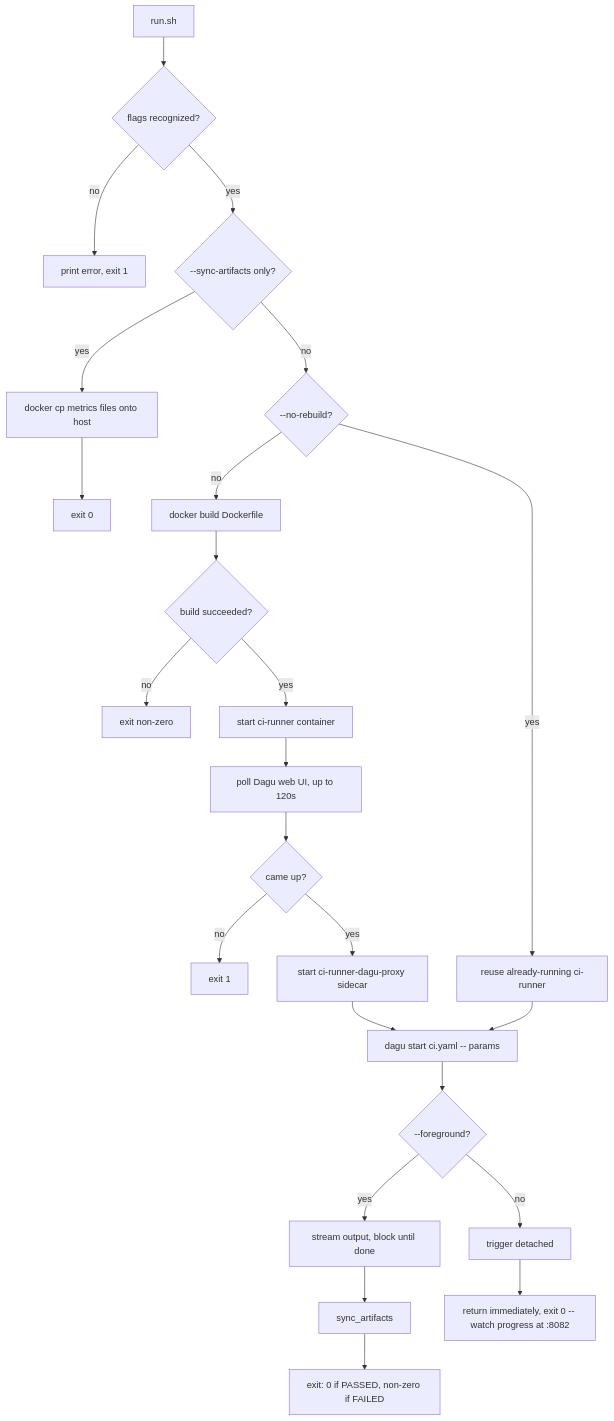
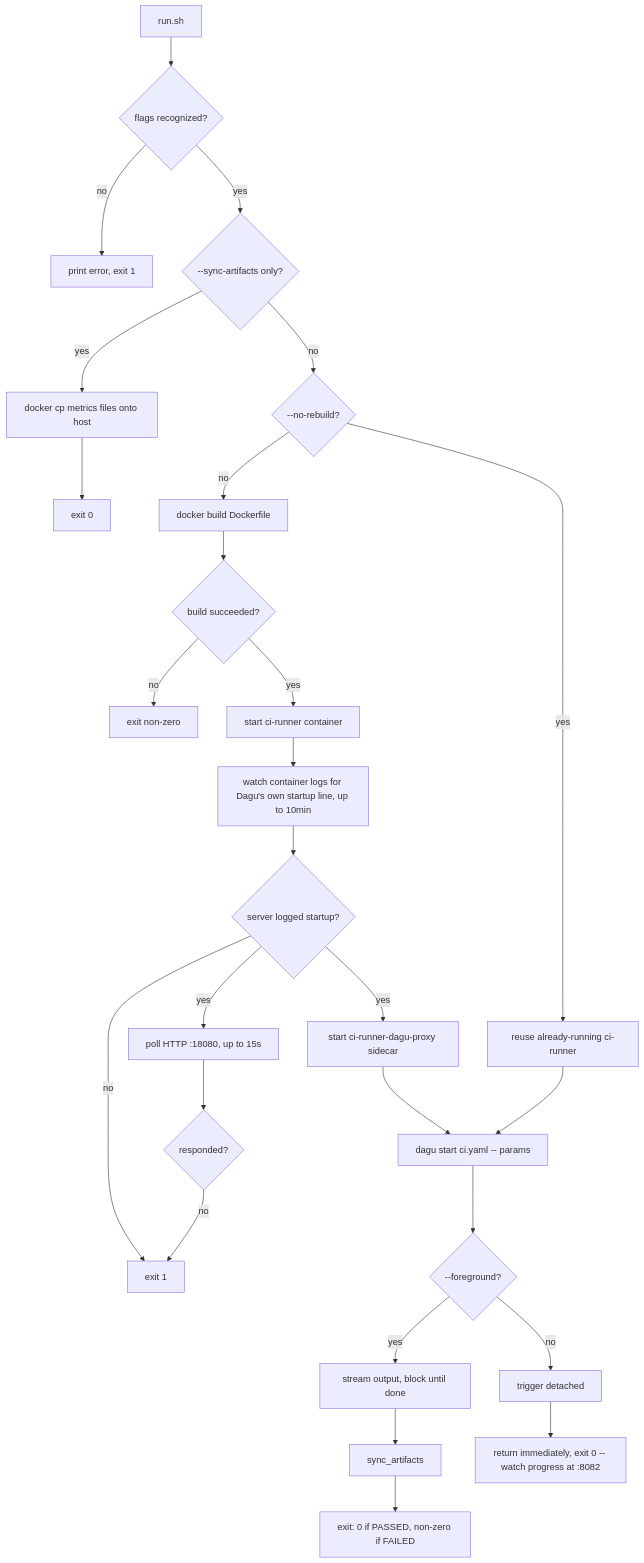
Before and after one commit to OstMutant/Advertisement: the first of 2 diagrams in scripts/ci/README.md, drawn with Mermaid. The commit also changed other lines of this file and 31 other files, not shown here.

````diff
--- a/scripts/ci/README.md
+++ b/scripts/ci/README.md
@@ -22,22 +22,25 @@
 ```mermaid
 flowchart TD
     B[run.sh]
     B --> B1{flags recognized?}
     B1 -->|no| Z0[print error, exit 1]
     B1 -->|yes| C{--sync-artifacts only?}
     C -->|yes| C1[docker cp metrics files onto host] --> Z1[exit 0]
     C -->|no| D{--no-rebuild?}
     D -->|no| E[docker build Dockerfile] --> E1{build succeeded?}
     E1 -->|no| Z4[exit non-zero]
     E1 -->|yes| F[start ci-runner container]
-    F --> F1[poll Dagu web UI, up to 120s]
-    F1 --> F2{came up?}
+    F --> F1[watch container logs for Dagu's own startup line, up to 10min]
+    F1 --> F2{server logged startup?}
     F2 -->|no| Z5[exit 1]
+    F2 -->|yes| F3[poll HTTP :18080, up to 15s]
+    F3 --> F4{responded?}
+    F4 -->|no| Z5
     F2 -->|yes| G[start ci-runner-dagu-proxy sidecar]
     D -->|yes| H[reuse already-running ci-runner]
     G --> I[dagu start ci.yaml -- params]
     H --> I
     I --> J{--foreground?}
     J -->|yes| K[stream output, block until done] --> L[sync_artifacts] --> Z2[exit: 0 if PASSED, non-zero if FAILED]
     J -->|no| M[trigger detached] --> Z3[return immediately, exit 0 -- watch progress at :8082]
 ```
````
